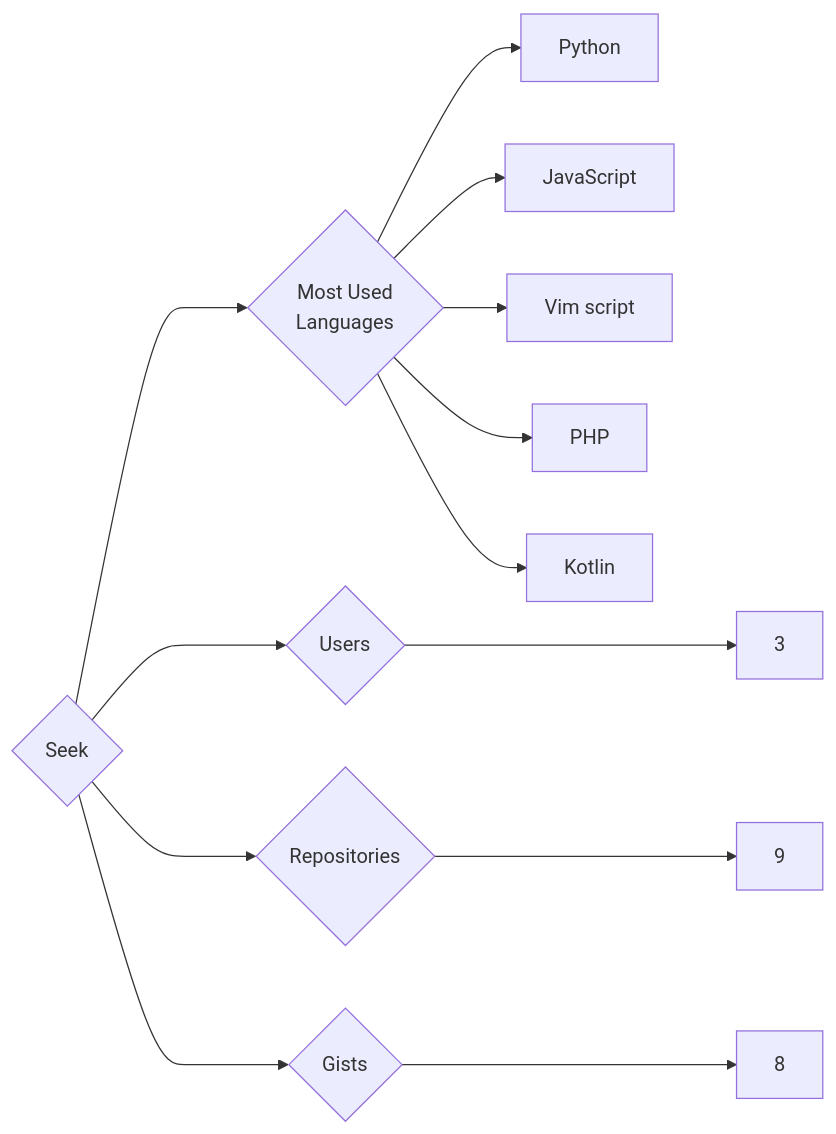
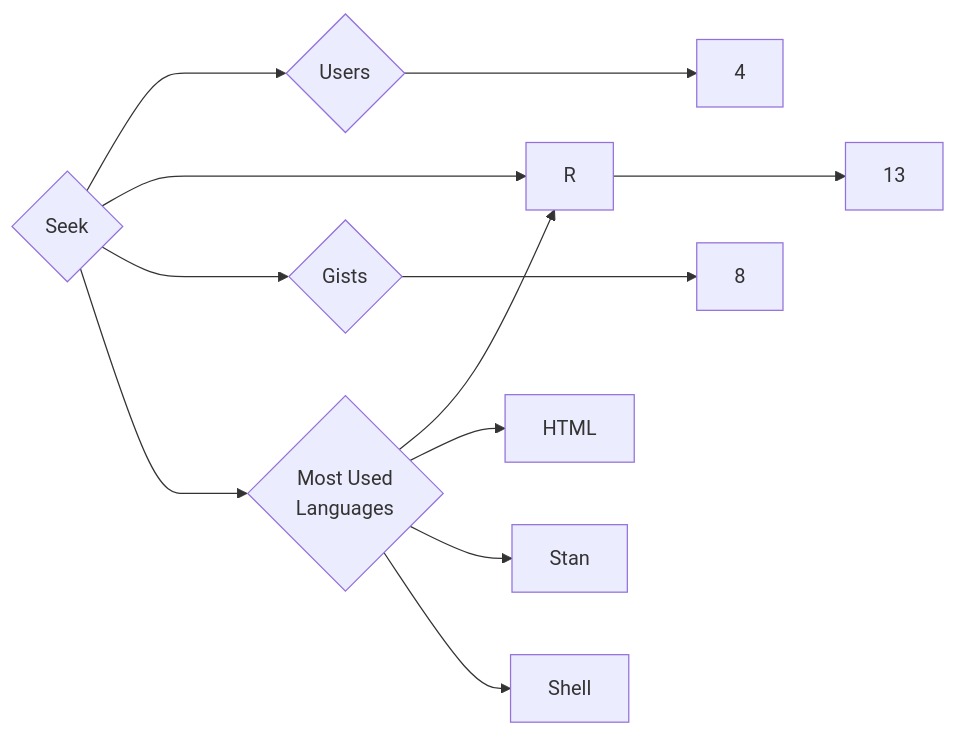
The diagram in targets/Seek/README.md (trickest/insiders), drawn with Mermaid before and after one commit. The commit also changed 928 other files, not shown here.

````diff
--- a/targets/Seek/README.md
+++ b/targets/Seek/README.md
@@ -3,13 +3,12 @@
 ```mermaid
 graph LR
 COMPANY_NAME{Seek}
-COMPANY_NAME ---> U{Users} ---> UN[3]
-COMPANY_NAME ---> R{Repositories} ---> RN[9]
+COMPANY_NAME ---> U{Users} ---> UN[4]
+COMPANY_NAME ---> R{Repositories} ---> RN[13]
 COMPANY_NAME ---> G{Gists} ---> GN[8]
 COMPANY_NAME ---> ML{Most Used<br>Languages}
-ML --> Python[Python]
-ML --> JavaScript[JavaScript]
-ML --> Vim_script[Vim script]
-ML --> PHP[PHP]
-ML --> Kotlin[Kotlin]
+ML --> R[R]
+ML --> HTML[HTML]
+ML --> Stan[Stan]
+ML --> Shell[Shell]
 ```
````
